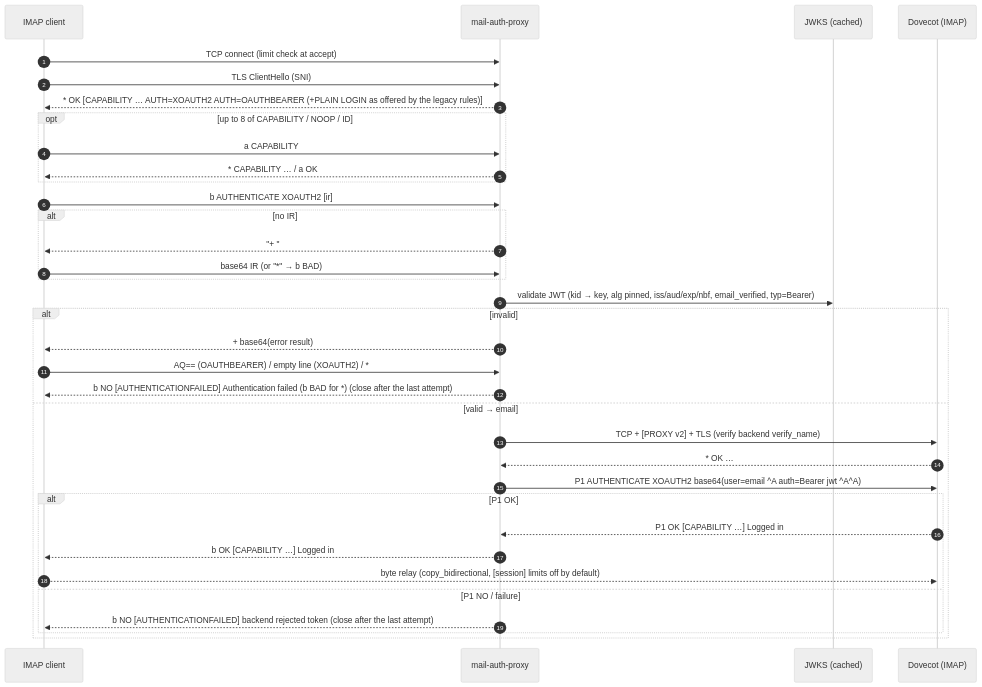
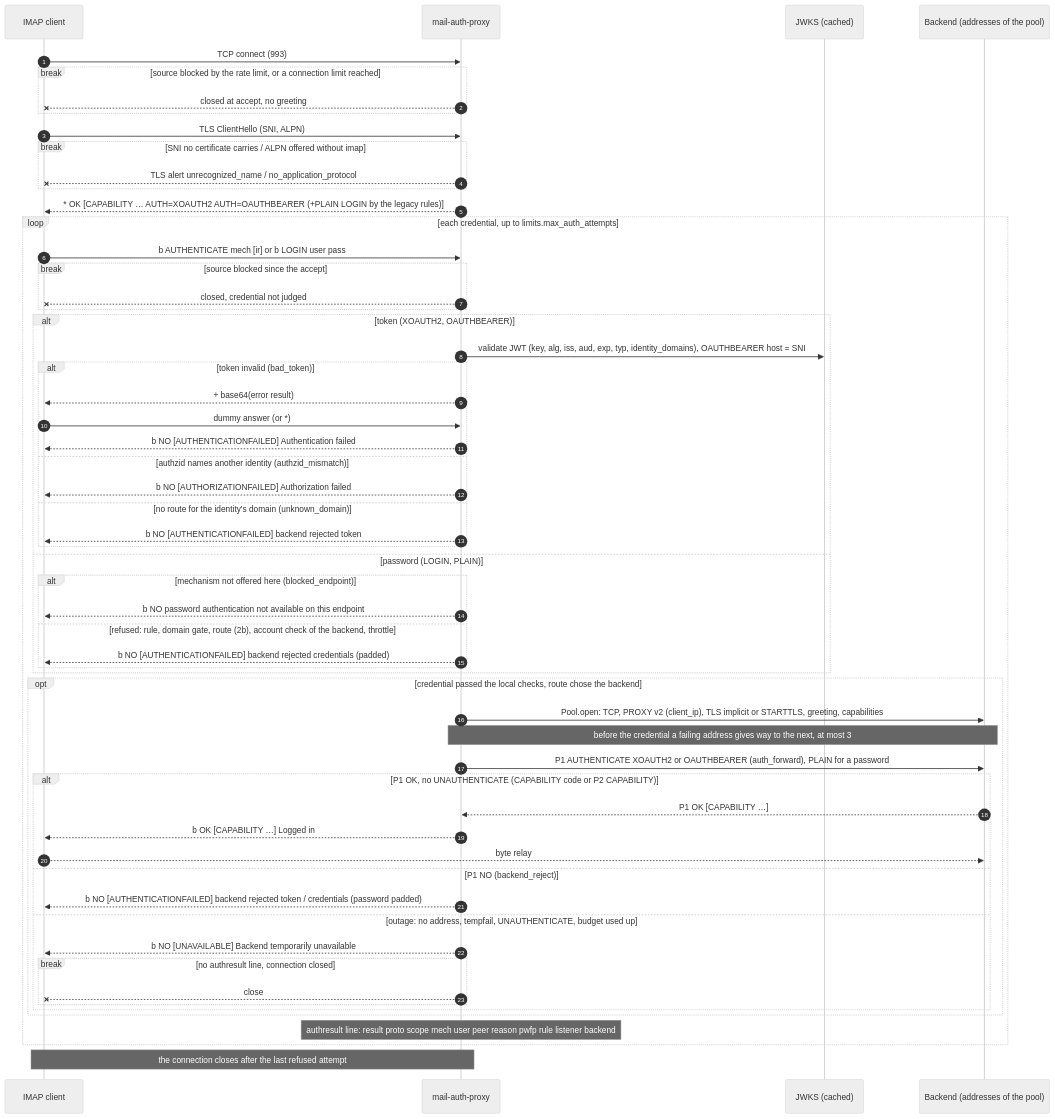
The first of 3 diagrams in docs/protocols.md (NK-IT-CLOUD/mail-auth-proxy), drawn with Mermaid (neutral theme) before and after one commit. The commit also changed other lines of this file and 1 other file, not shown here.

First line of the commit message:
docs: authentication flow diagrams at the state of 0.5.0

````diff
--- a/docs/protocols.md
+++ b/docs/protocols.md
@@ -96,37 +96,60 @@
 ```mermaid
 sequenceDiagram
     autonumber
     participant C as IMAP client
     participant P as mail-auth-proxy
     participant I as JWKS (cached)
-    participant B as Dovecot (IMAP)
-    C->>P: TCP connect (limit check at accept)
-    C->>P: TLS ClientHello (SNI)
-    P-->>C: * OK [CAPABILITY … AUTH=XOAUTH2 AUTH=OAUTHBEARER (+PLAIN LOGIN as offered by the legacy rules)]
-    opt up to 8 of CAPABILITY / NOOP / ID
-        C->>P: a CAPABILITY
-        P-->>C: * CAPABILITY … / a OK
+    participant B as Backend (addresses of the pool)
+    C->>P: TCP connect (993)
+    break source blocked by the rate limit, or a connection limit reached
+        P--xC: closed at accept, no greeting
     end
-    C->>P: b AUTHENTICATE XOAUTH2 [ir]
-    alt no IR
-        P-->>C: "+ "
-        C->>P: base64 IR (or "*" → b BAD)
+    C->>P: TLS ClientHello (SNI, ALPN)
+    break SNI no certificate carries / ALPN offered without imap
+        P--xC: TLS alert unrecognized_name / no_application_protocol
     end
-    P->>I: validate JWT (kid → key, alg pinned, iss/aud/exp/nbf, email_verified, typ=Bearer)
-    alt invalid
-        P-->>C: + base64(error result)
-        C->>P: AQ== (OAUTHBEARER) / empty line (XOAUTH2) / *
-        P-->>C: b NO [AUTHENTICATIONFAILED] Authentication failed (b BAD for *) (close after the last attempt)
-    else valid → email
-        P->>B: TCP + [PROXY v2] + TLS (verify backend verify_name)
-        B-->>P: * OK …
-        P->>B: P1 AUTHENTICATE XOAUTH2 base64(user=email ^A auth=Bearer jwt ^A^A)
-        alt P1 OK
-            B-->>P: P1 OK [CAPABILITY …] Logged in
-            P-->>C: b OK [CAPABILITY …] Logged in
-            C-->>B: byte relay (copy_bidirectional, [session] limits off by default)
-        else P1 NO / failure
-            P-->>C: b NO [AUTHENTICATIONFAILED] backend rejected token (close after the last attempt)
+    P-->>C: * OK [CAPABILITY … AUTH=XOAUTH2 AUTH=OAUTHBEARER (+PLAIN LOGIN by the legacy rules)]
+    loop each credential, up to limits.max_auth_attempts
+        C->>P: b AUTHENTICATE mech [ir]  or  b LOGIN user pass
+        break source blocked since the accept
+            P--xC: closed, credential not judged
         end
+        alt token (XOAUTH2, OAUTHBEARER)
+            P->>I: validate JWT (key, alg, iss, aud, exp, typ, identity_domains), OAUTHBEARER host = SNI
+            alt token invalid (bad_token)
+                P-->>C: + base64(error result)
+                C->>P: dummy answer (or *)
+                P-->>C: b NO [AUTHENTICATIONFAILED] Authentication failed
+            else authzid names another identity (authzid_mismatch)
+                P-->>C: b NO [AUTHORIZATIONFAILED] Authorization failed
+            else no route for the identity's domain (unknown_domain)
+                P-->>C: b NO [AUTHENTICATIONFAILED] backend rejected token
+            end
+        else password (LOGIN, PLAIN)
+            alt mechanism not offered here (blocked_endpoint)
+                P-->>C: b NO password authentication not available on this endpoint
+            else refused: rule, domain gate, route (2b), account check of the backend, throttle
+                P-->>C: b NO [AUTHENTICATIONFAILED] backend rejected credentials (padded)
+            end
+        end
+        opt credential passed the local checks, route chose the backend
+            P->>B: Pool.open: TCP, PROXY v2 (client_ip), TLS implicit or STARTTLS, greeting, capabilities
+            Note over P,B: before the credential a failing address gives way to the next, at most 3
+            P->>B: P1 AUTHENTICATE XOAUTH2 or OAUTHBEARER (auth_forward), PLAIN for a password
+            alt P1 OK, no UNAUTHENTICATE (CAPABILITY code or P2 CAPABILITY)
+                B-->>P: P1 OK [CAPABILITY …]
+                P-->>C: b OK [CAPABILITY …] Logged in
+                C-->>B: byte relay
+            else P1 NO (backend_reject)
+                P-->>C: b NO [AUTHENTICATIONFAILED] backend rejected token / credentials (password padded)
+            else outage: no address, tempfail, UNAUTHENTICATE, budget used up
+                P-->>C: b NO [UNAVAILABLE] Backend temporarily unavailable
+                break no authresult line, connection closed
+                    P--xC: close
+                end
+            end
+        end
+        Note over P: authresult line: result proto scope mech user peer reason pwfp rule listener backend
     end
+    Note over C,P: the connection closes after the last refused attempt
 ```
````
